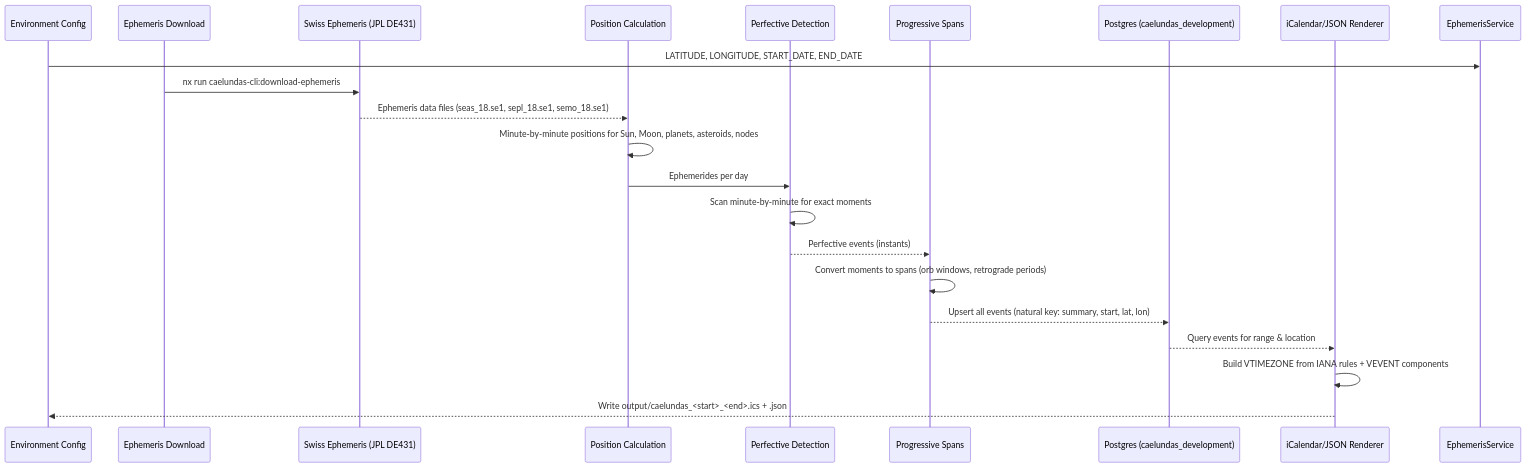
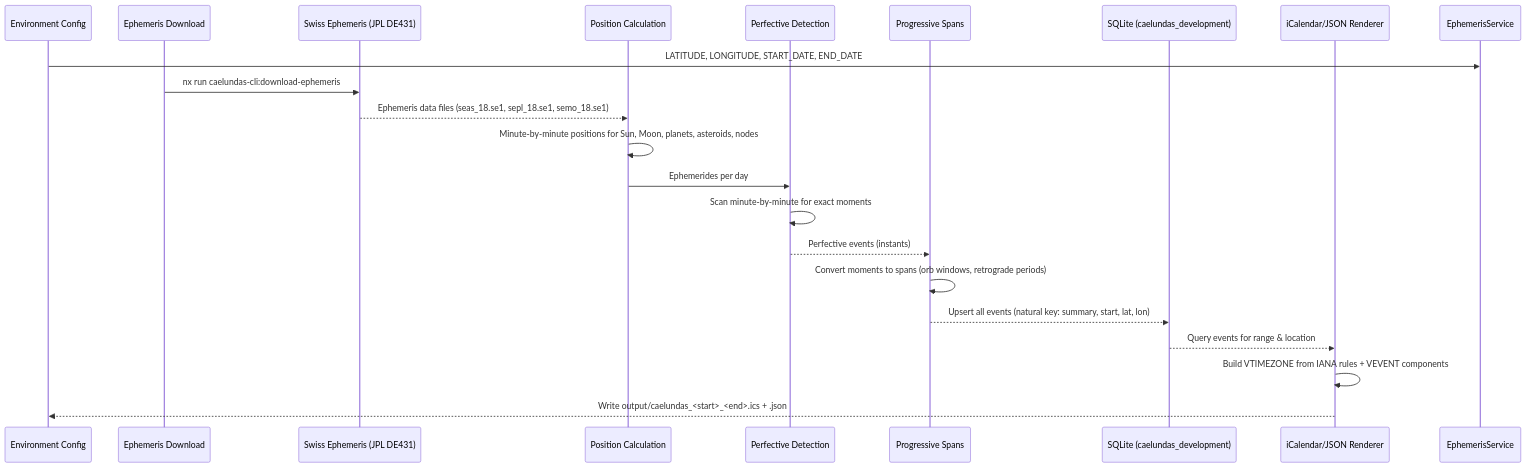
The diagram in documentation/openwiki/domain/caelundas.md (organizzolini/codebase), drawn with Mermaid before and after one commit. The commit also changed other lines of this file and 61 other files, not shown here.

````diff
--- a/documentation/openwiki/domain/caelundas.md
+++ b/documentation/openwiki/domain/caelundas.md
@@ -45,24 +53,24 @@
 ```mermaid
 sequenceDiagram
     participant Config as Environment Config
     participant EphemDL as Ephemeris Download
     participant Swiss as Swiss Ephemeris (JPL DE431)
     participant PosCalc as Position Calculation
     participant Perfective as Perfective Detection
     participant Progressive as Progressive Spans
-    participant PG as Postgres (caelundas_development)
+    participant SQLite as SQLite (caelundas_development)
     participant Renderer as iCalendar/JSON Renderer
 
     Config->>EphemerisService: LATITUDE, LONGITUDE, START_DATE, END_DATE
     EphemDL->>Swiss: nx run caelundas-cli:download-ephemeris
     Swiss-->>PosCalc: Ephemeris data files (seas_18.se1, sepl_18.se1, semo_18.se1)
     PosCalc->>PosCalc: Minute-by-minute positions for Sun, Moon, planets, asteroids, nodes
     PosCalc->>Perfective: Ephemerides per day
     Perfective->>Perfective: Scan minute-by-minute for exact moments
     Perfective-->>Progressive: Perfective events (instants)
     Progressive->>Progressive: Convert moments to spans (orb windows, retrograde periods)
-    Progressive-->>PG: Upsert all events (natural key: summary, start, lat, lon)
-    PG-->>Renderer: Query events for range & location
+    Progressive-->>SQLite: Upsert all events (natural key: summary, start, lat, lon)
+    SQLite-->>Renderer: Query events for range & location
     Renderer->>Renderer: Build VTIMEZONE from IANA rules + VEVENT components
     Renderer-->>Config: Write output/caelundas_<start>_<end>.ics + .json
 ```
````
